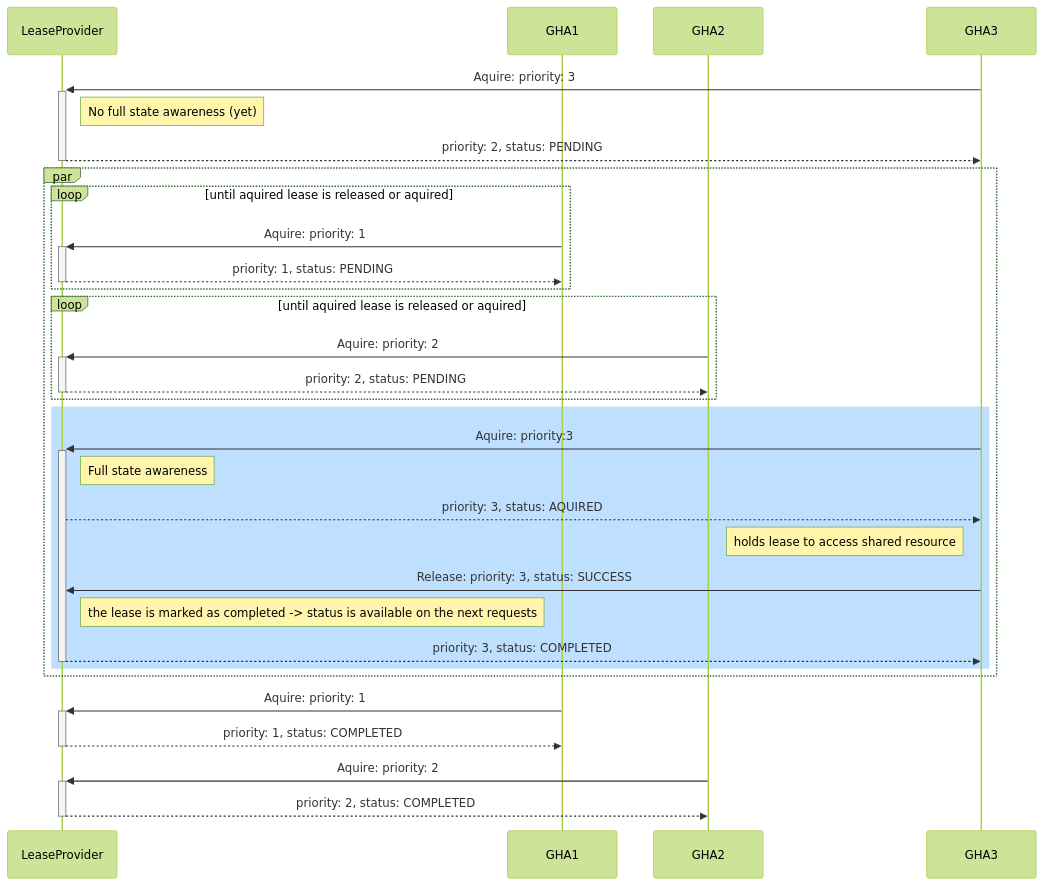
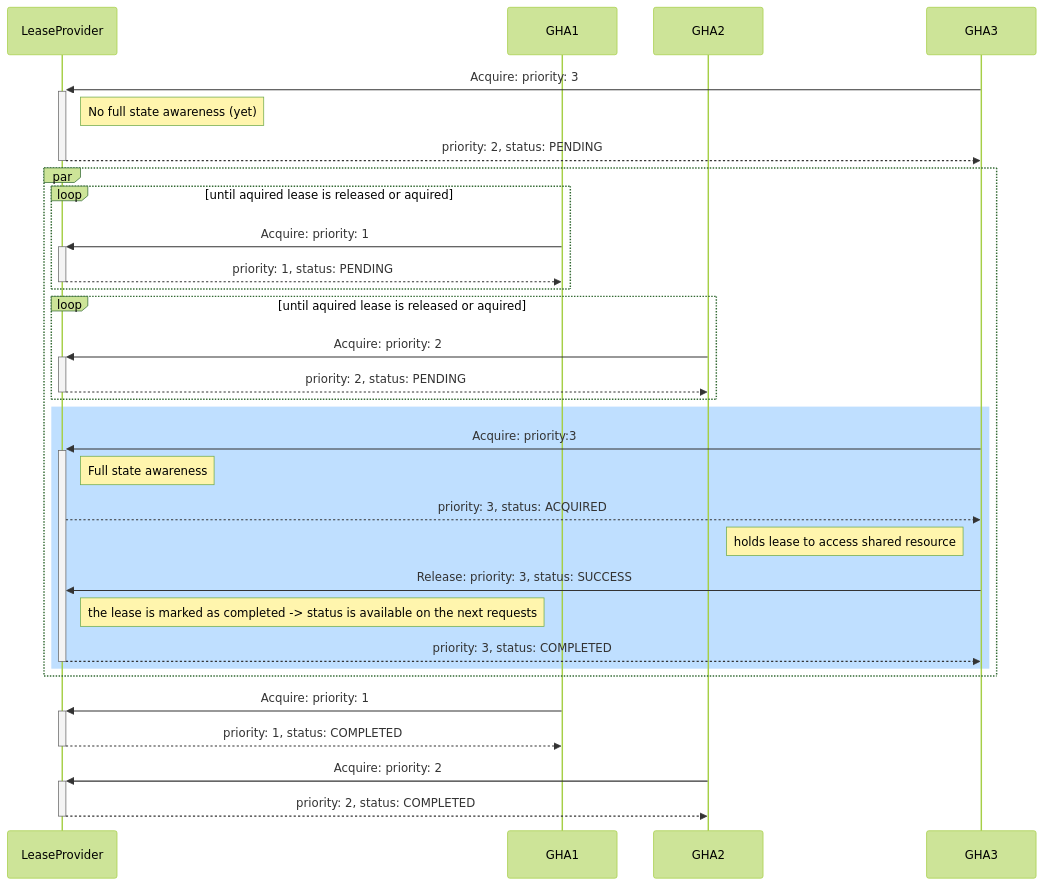
The second of 3 diagrams in Readme.md (ankorstore/mq-lease-service), drawn with Mermaid (forest theme) before and after one commit. The commit also changed other lines of this file and 7 other files, not shown here.

````diff
--- a/Readme.md
+++ b/Readme.md
@@ -51,42 +51,42 @@
 ```mermaid
 sequenceDiagram
     participant LeaseProvider
     participant GHA1
     participant GHA2
     participant GHA3
 
-    GHA3->>+LeaseProvider: Aquire: priority: 3 
+    GHA3->>+LeaseProvider: Acquire: priority: 3 
     note right of LeaseProvider: No full state awareness (yet)
     LeaseProvider-->>-GHA3: priority: 2, status: PENDING
     
     par
     loop until aquired lease is released or aquired
-    GHA1->>+LeaseProvider: Aquire: priority: 1
+    GHA1->>+LeaseProvider: Acquire: priority: 1
     LeaseProvider-->>-GHA1: priority: 1, status: PENDING
     end
     
     loop until aquired lease is released or aquired
-    GHA2->>+LeaseProvider: Aquire: priority: 2
+    GHA2->>+LeaseProvider: Acquire: priority: 2
     LeaseProvider-->>-GHA2: priority: 2, status: PENDING
     end
     
 
     rect rgb(191, 223, 255)
-    GHA3->>+LeaseProvider: Aquire: priority:3 
+    GHA3->>+LeaseProvider: Acquire: priority:3 
     note right of LeaseProvider: Full state awareness 
-    LeaseProvider-->>GHA3: priority: 3, status: AQUIRED
+    LeaseProvider-->>GHA3: priority: 3, status: ACQUIRED
     note left of GHA3: holds lease to access shared resource
 
     GHA3->>LeaseProvider: Release: priority: 3, status: SUCCESS
     note right of LeaseProvider: the lease is marked as completed -> status is available on the next requests
     LeaseProvider-->>-GHA3: priority: 3, status: COMPLETED
     end
 end
     
-    GHA1->>+LeaseProvider: Aquire: priority: 1
+    GHA1->>+LeaseProvider: Acquire: priority: 1
     LeaseProvider-->>-GHA1: priority: 1, status: COMPLETED
 
-    GHA2->>+LeaseProvider: Aquire: priority: 2
+    GHA2->>+LeaseProvider: Acquire: priority: 2
     LeaseProvider-->>-GHA2: priority: 2, status: COMPLETED
 
 ```
````
